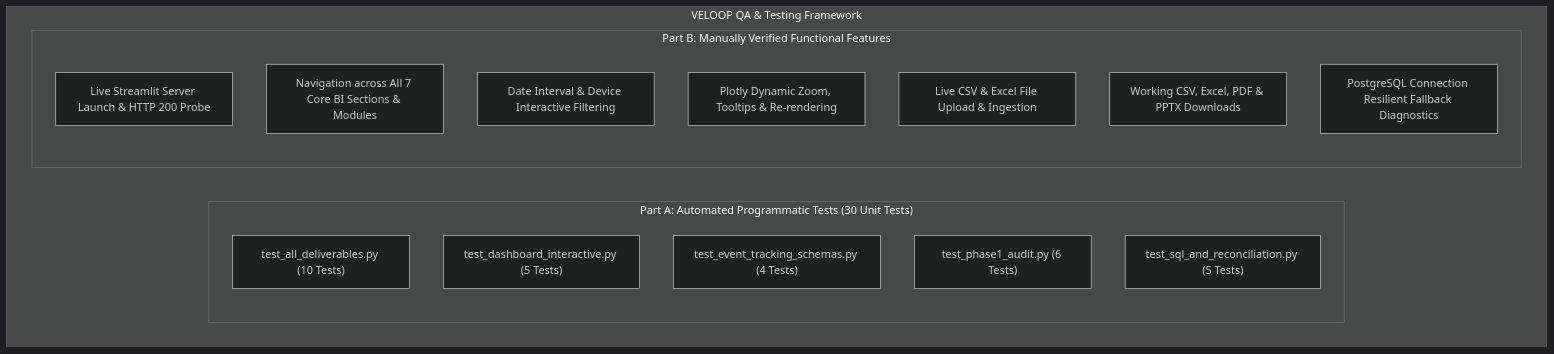
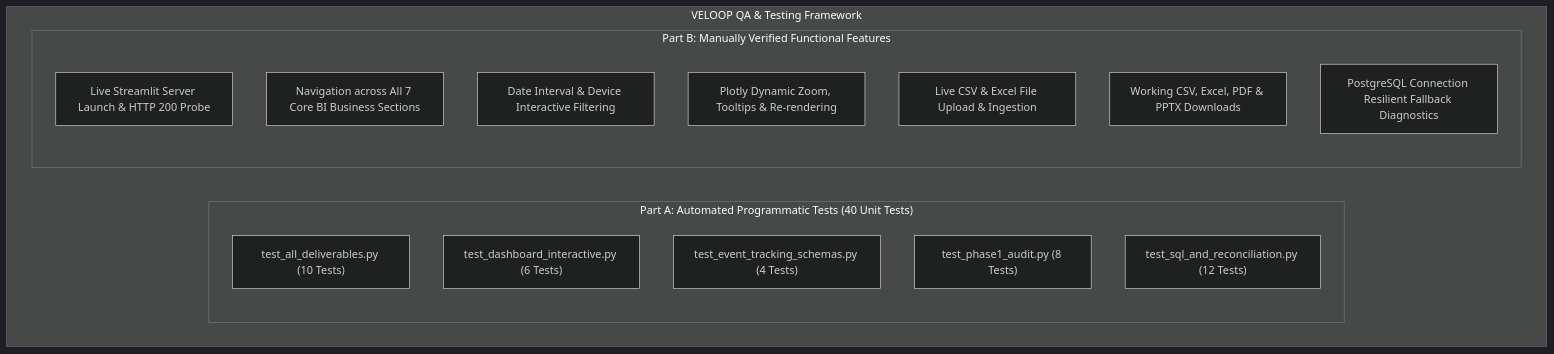
Before and after one commit to R-ABIDA/VeLoop-Rewards-Product-Analytics: the diagram in 07_tests_and_validation/TESTING_AND_QA_DOCUMENTATION.md, drawn with Mermaid (dark theme). The commit also changed other lines of this file and 30 other files, not shown here.

Commit message:
feat: complete final supervisor corrections - actual PostgreSQL CSV ingestion, proper accounting integrity tests (40/40 pass), 7 consolidated dashboard sections, event discrepancy audit, relative links, track 06 and 08 directories

````diff
--- a/07_tests_and_validation/TESTING_AND_QA_DOCUMENTATION.md
+++ b/07_tests_and_validation/TESTING_AND_QA_DOCUMENTATION.md
@@ -13,21 +13,21 @@
 ```mermaid
 flowchart TD
     subgraph QA["VELOOP QA & Testing Framework"]
-        subgraph Automated["Part A: Automated Programmatic Tests (30 Unit Tests)"]
+        subgraph Automated["Part A: Automated Programmatic Tests (40 Unit Tests)"]
             A1["test_all_deliverables.py (10 Tests)"]
-            A2["test_dashboard_interactive.py (5 Tests)"]
+            A2["test_dashboard_interactive.py (6 Tests)"]
             A3["test_event_tracking_schemas.py (4 Tests)"]
-            A4["test_phase1_audit.py (6 Tests)"]
-            A5["test_sql_and_reconciliation.py (5 Tests)"]
+            A4["test_phase1_audit.py (8 Tests)"]
+            A5["test_sql_and_reconciliation.py (12 Tests)"]
         end
         subgraph Manual["Part B: Manually Verified Functional Features"]
             M1["Live Streamlit Server Launch & HTTP 200 Probe"]
-            M2["Navigation across All 7 Core BI Sections & Modules"]
+            M2["Navigation across All 7 Core BI Business Sections"]
             M3["Date Interval & Device Interactive Filtering"]
             M4["Plotly Dynamic Zoom, Tooltips & Re-rendering"]
             M5["Live CSV & Excel File Upload & Ingestion"]
             M6["Working CSV, Excel, PDF & PPTX Downloads"]
             M7["PostgreSQL Connection Resilient Fallback Diagnostics"]
         end
     end
 ```
````
